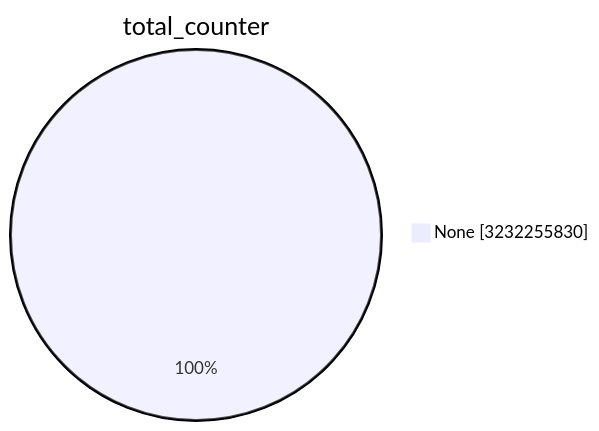
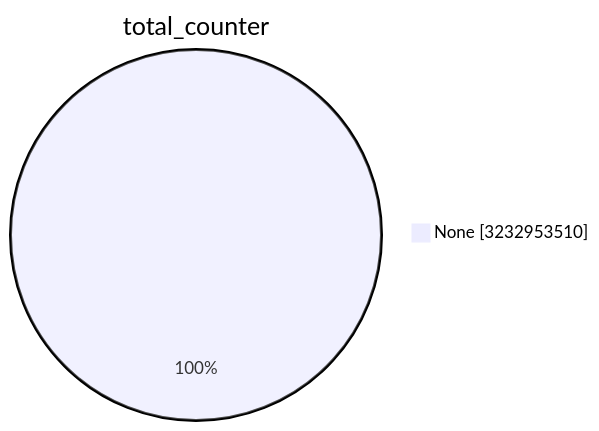
Before and after one commit to christiankrug/ctmonitor_visualization: the first of 15 diagrams in TOTAL/README.md, drawn with Mermaid. The commit also changed other lines of this file, not shown here.

````diff
--- a/TOTAL/README.md
+++ b/TOTAL/README.md
@@ -1,5 +1,5 @@
 ```mermaid
 pie showData
 title total_counter
-"None" :3232255830
+"None" :3232953510
 ```
````
